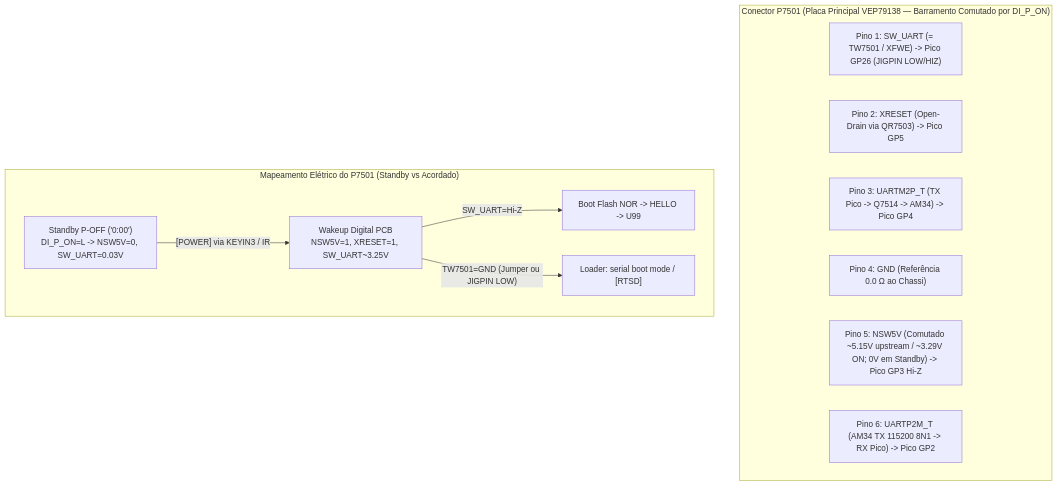
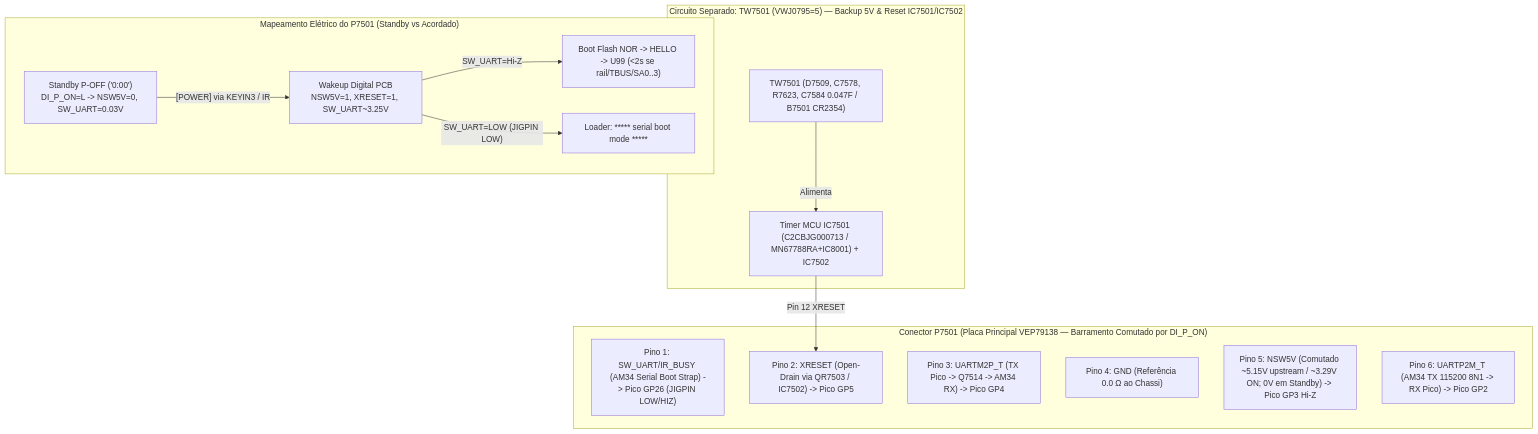
One commit to orgchrono/Panadiga changed the third of 4 diagrams in docs/pt-BR/COMPENDIO_GLOBAL_COMUNIDADE_FIRMWARE_E_HARDWARE_DIGA.md. Above: the diagram before and after it, drawn with Mermaid. The commit also changed other lines of this file and 139 other files, not shown here.

First line of the commit message:
feat(apk,nor,pico,re,docs): unify Android IR Commander, 2-layer NOR JEDEC, glitch-immune BAUDSCAN, async GDB proxy & 447-code bench wizard

````diff
--- a/docs/pt-BR/COMPENDIO_GLOBAL_COMUNIDADE_FIRMWARE_E_HARDWARE_DIGA.md
+++ b/docs/pt-BR/COMPENDIO_GLOBAL_COMUNIDADE_FIRMWARE_E_HARDWARE_DIGA.md
@@ -354,17 +371,22 @@
 ```mermaid
 flowchart TD
     subgraph P7501_PINOUT["Conector P7501 (Placa Principal VEP79138 — Barramento Comutado por DI_P_ON)"]
-        P1["Pino 1: SW_UART (= TW7501 / XFWE) -> Pico GP26 (JIGPIN LOW/HIZ)"]
-        P2["Pino 2: XRESET (Open-Drain via QR7503) -> Pico GP5"]
-        P3["Pino 3: UARTM2P_T (TX Pico -> Q7514 -> AM34) -> Pico GP4"]
+        P1["Pino 1: SW_UART/IR_BUSY (AM34 Serial Boot Strap) -> Pico GP26 (JIGPIN LOW/HIZ)"]
+        P2["Pino 2: XRESET (Open-Drain via QR7503 / IC7502) -> Pico GP5"]
+        P3["Pino 3: UARTM2P_T (TX Pico -> Q7514 -> AM34 RX) -> Pico GP4"]
         P4["Pino 4: GND (Referência 0.0 Ω ao Chassi)"]
         P5["Pino 5: NSW5V (Comutado ~5.15V upstream / ~3.29V ON; 0V em Standby) -> Pico GP3 Hi-Z"]
         P6["Pino 6: UARTP2M_T (AM34 TX 115200 8N1 -> RX Pico) -> Pico GP2"]
     end
 
+    subgraph BACKUP_RAIL["Circuito Separado: TW7501 (VWJ0795=5) — Backup 5V & Reset IC7501/IC7502"]
+        TW["TW7501 (D7509, C7578, R7623, C7584 0.047F / B7501 CR2354)"] -->|"Alimenta"| MCU["Timer MCU IC7501 (C2CBJG000713 / MN67788RA+IC8001) + IC7502"]
+        MCU -->|"Pin 12 XRESET"| P2
+    end
+
     subgraph STANDBY_STATES["Mapeamento Elétrico do P7501 (Standby vs Acordado)"]
         ST_OFF["Standby P-OFF ('0:00')\nDI_P_ON=L -> NSW5V=0, SW_UART=0.03V"] -->|"[POWER] via KEYIN3 / IR"| ST_WAKE["Wakeup Digital PCB\nNSW5V=1, XRESET=1, SW_UART~3.25V"]
-        ST_WAKE -->|"SW_UART=Hi-Z"| BOOT_NORM["Boot Flash NOR -> HELLO -> U99"]
-        ST_WAKE -->|"TW7501=GND (Jumper ou JIGPIN LOW)"| BOOT_SER["Loader: serial boot mode / [RTSD]"]
+        ST_WAKE -->|"SW_UART=Hi-Z"| BOOT_NORM["Boot Flash NOR -> HELLO -> U99 (<2s se rail/TBUS/SA0..3)"]
+        ST_WAKE -->|"SW_UART=LOW (JIGPIN LOW)"| BOOT_SER["Loader: ***** serial boot mode *****"]
     end
 ```
````
